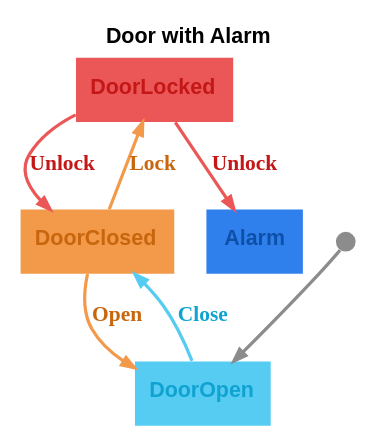
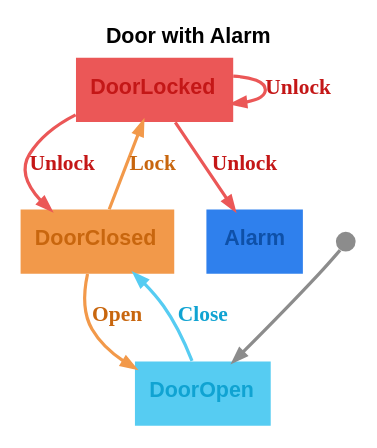
One commit to m-bock/purescript-transit changed the diagram in graphs/door-with-alarm.dot. Above: the diagram before and after it, drawn with Graphviz. The commit also changed 18 other files, not shown here.

Commit message:
Refactor state graph and transition table generation to utilize TransitCore_ directly. Update related examples and tests to ensure consistency in state management and visualization across DOT and HTML outputs.

```diff
--- a/graphs/door-with-alarm.dot
+++ b/graphs/door-with-alarm.dot
@@ -1,15 +1,16 @@
 digraph 
 {
 rankdir = "TD";fontname = "Arial";label = <<b>Door with Alarm</b>>;labelloc = "t";fontsize = 12
 Alarm [shape = "box", label = <<b>Alarm</b>>, fontsize = 12, style = "filled", fillcolor = "#2f80ed", fontcolor = "#0e50a8", fontname = "Arial", labelloc = "c", penwidth = 0.0]
 DoorOpen [shape = "box", label = <<b>DoorOpen</b>>, fontsize = 12, style = "filled", fillcolor = "#56ccf2", fontcolor = "#10a3d2", fontname = "Arial", labelloc = "c", penwidth = 0.0]
 __Start__ [shape = "circle", label = "", width = 0.15, height = 0.15, fixedsize = true, style = "filled", fillcolor = "#8c8c8c", penwidth = 0.0]
 __Start__ -> DoorOpen [color = "#8c8c8c", fontsize = 12, arrowsize = "0.7", penwidth = 1.8]
 DoorOpen -> DoorClosed [color = "#56ccf2", fontcolor = "#10a3d2", fontsize = 12, arrowsize = "0.7", label = <<b>Close</b>>, penwidth = 1.8]
 DoorClosed [shape = "box", label = <<b>DoorClosed</b>>, fontsize = 12, style = "filled", fillcolor = "#f2994a", fontcolor = "#c8660e", fontname = "Arial", labelloc = "c", penwidth = 0.0]
 DoorClosed -> DoorLocked [color = "#f2994a", fontcolor = "#c8660e", fontsize = 12, arrowsize = "0.7", label = <<b>Lock</b>>, penwidth = 1.8]
 DoorClosed -> DoorOpen [color = "#f2994a", fontcolor = "#c8660e", fontsize = 12, arrowsize = "0.7", label = <<b>Open</b>>, penwidth = 1.8]
 DoorLocked [shape = "box", label = <<b>DoorLocked</b>>, fontsize = 12, style = "filled", fillcolor = "#eb5757", fontcolor = "#c41717", fontname = "Arial", labelloc = "c", penwidth = 0.0]
 DoorLocked -> DoorClosed [color = "#eb5757", fontcolor = "#c41717", fontsize = 12, arrowsize = "0.7", label = <<b>Unlock</b>>, penwidth = 1.8]
+DoorLocked -> DoorLocked [color = "#eb5757", fontcolor = "#c41717", fontsize = 12, arrowsize = "0.7", label = <<b>Unlock</b>>, penwidth = 1.8]
 DoorLocked -> Alarm [color = "#eb5757", fontcolor = "#c41717", fontsize = 12, arrowsize = "0.7", label = <<b>Unlock</b>>, penwidth = 1.8]
 }
```
